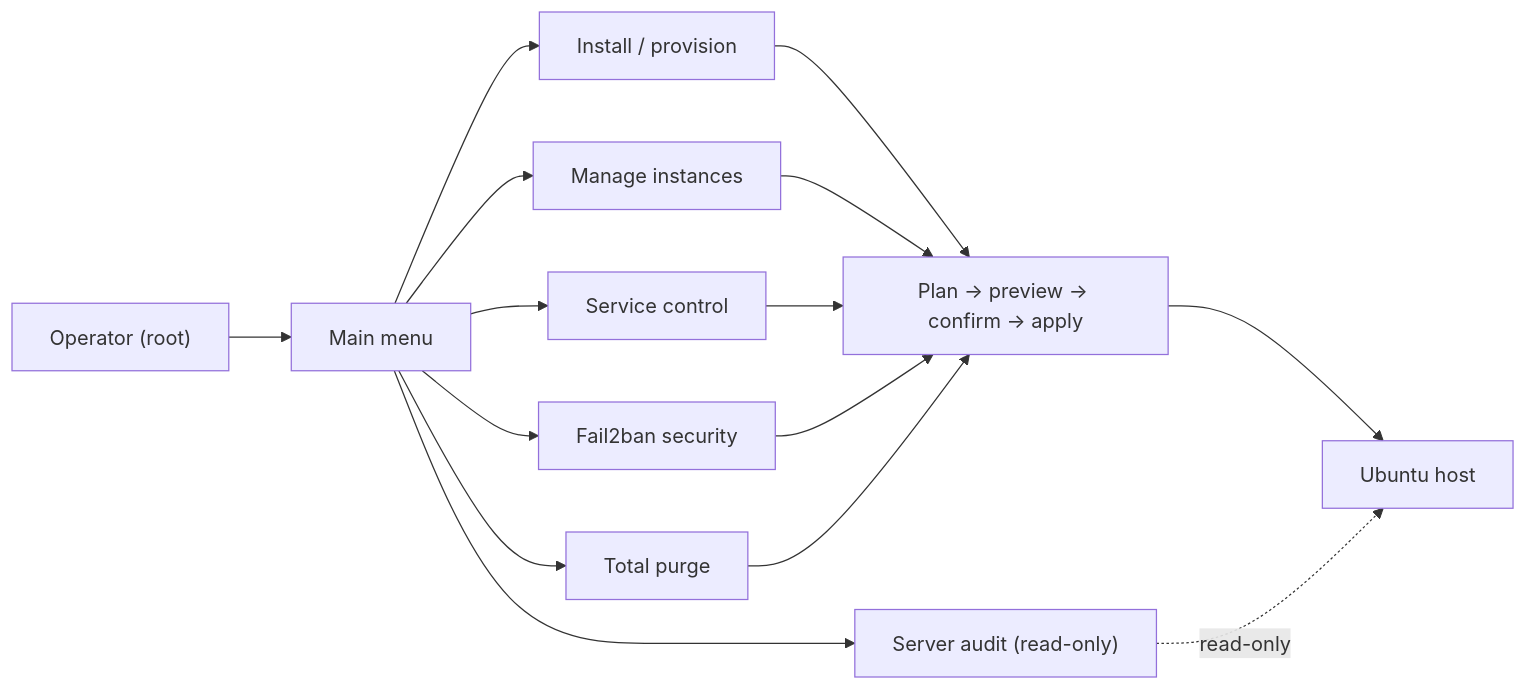
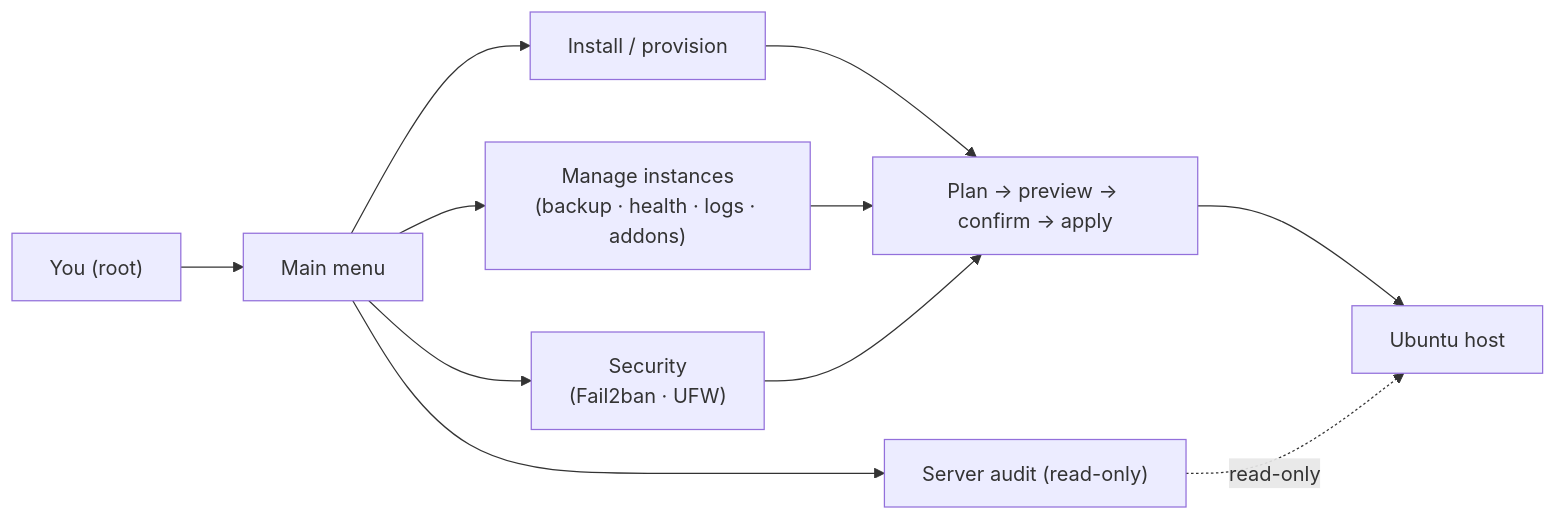
Before and after one commit to grojof/odoo_instance_manager_app: the diagram in README.md, drawn with Mermaid. The commit also changed other lines of this file and 14 other files, not shown here.

````diff
--- a/README.md
+++ b/README.md
@@ -17,13 +47,11 @@
 ```mermaid
 flowchart LR
-    op["Operator (root)"] --> menu["Main menu"]
+    op["You (root)"] --> menu["Main menu"]
     menu --> install["Install / provision"]
-    menu --> manage["Manage instances"]
-    menu --> services["Service control"]
-    menu --> f2b["Fail2ban security"]
-    menu --> purge["Total purge"]
+    menu --> manage["Manage instances<br/>(backup · health · logs · addons)"]
+    menu --> sec["Security<br/>(Fail2ban · UFW)"]
     menu --> audit["Server audit (read-only)"]
-    install & manage & services & f2b & purge --> plan["Plan → preview → confirm → apply"]
+    install & manage & sec --> plan["Plan → preview → confirm → apply"]
     plan --> host["Ubuntu host"]
     audit -. "read-only" .-> host
 ```
````
